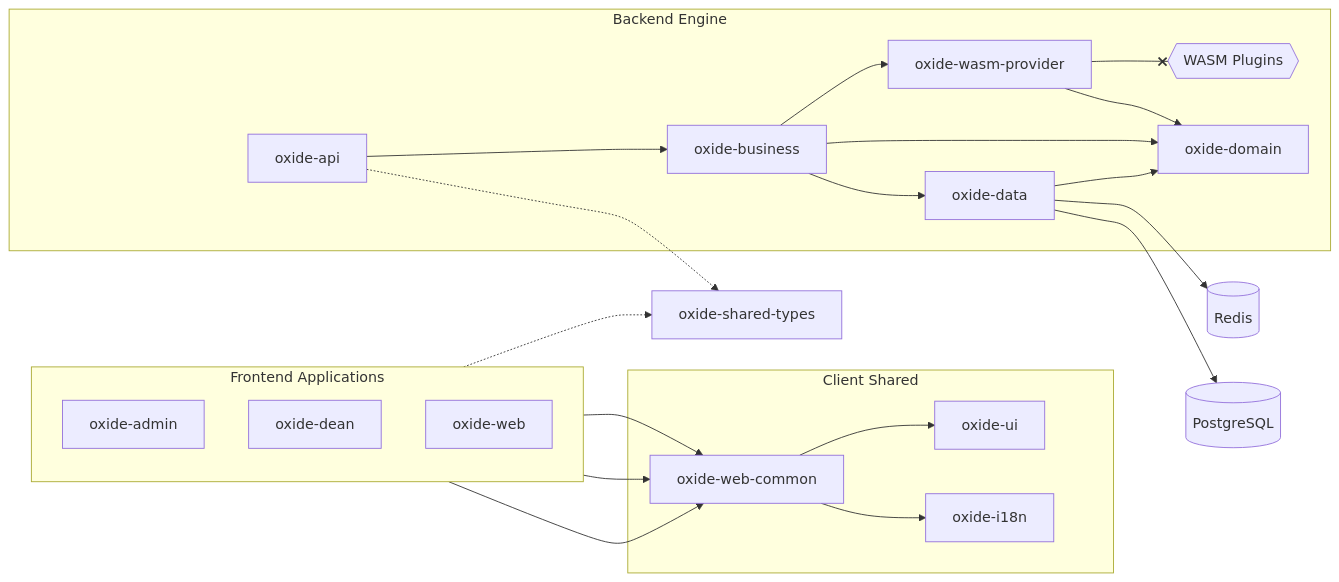
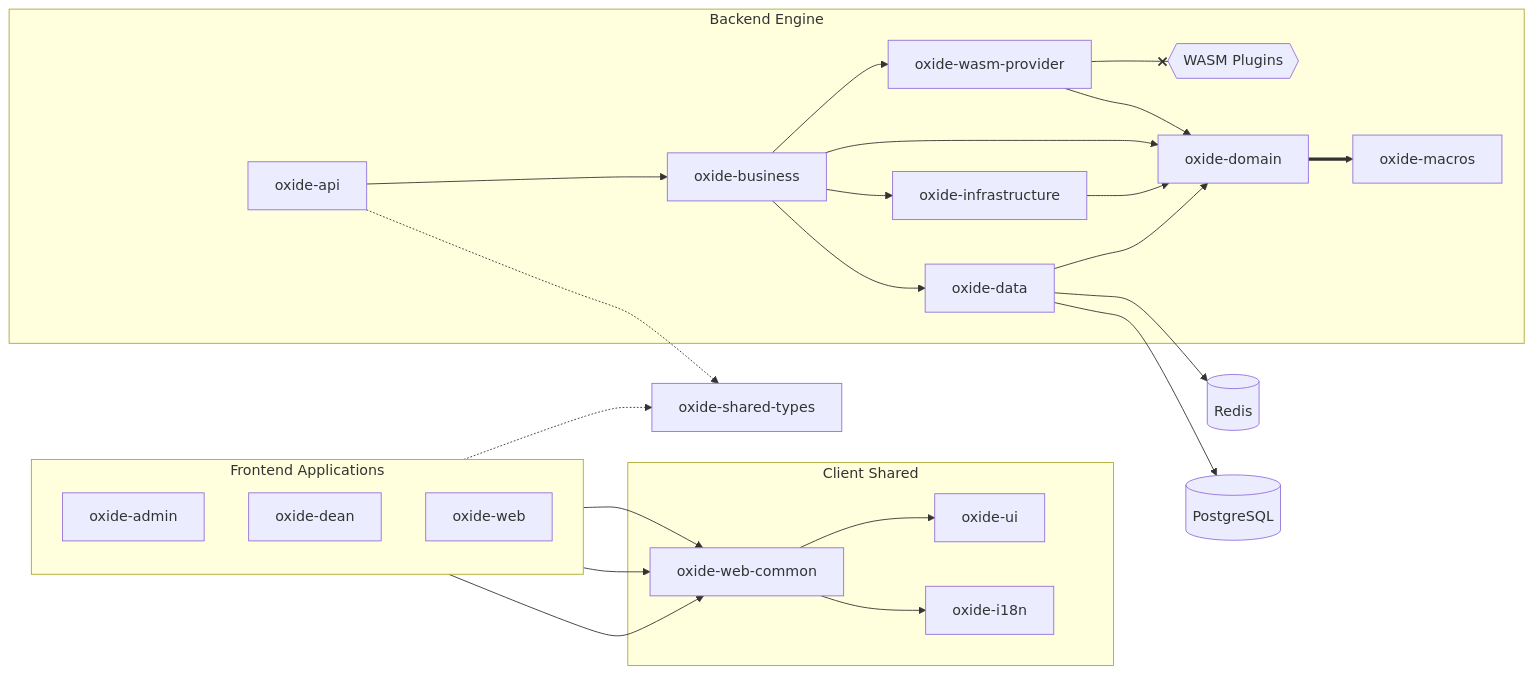
One commit to Vancoola/oxide-lms changed the first of 5 diagrams in README.md. Above: the diagram before and after it, drawn with Mermaid. The commit also changed other lines of this file and 27 other files, not shown here.

````diff
--- a/README.md
+++ b/README.md
@@ -118,49 +121,55 @@
 ```mermaid
 graph LR
     subgraph Clients [Frontend Applications]
         direction TB
         admin[oxide-admin]
         dean[oxide-dean]
         web[oxide-web]
     end
 
     subgraph ClientShared [Client Shared]
         common[oxide-web-common]
         ui[oxide-ui]
         i18n[oxide-i18n]
     end
 
     admin --> common
     dean --> common
     web --> common
     
     common --> ui
     common --> i18n
 
     shared_types[oxide-shared-types]
     web -.-> shared_types
     api -.-> shared_types
 
     subgraph Server [Backend Engine]
         api[oxide-api]
         biz[oxide-business]
+        inf[oxide-infrastructure]
         data[oxide-data]
         wasm[oxide-wasm-provider]
         
         
         api --> biz
+        biz --> inf
         biz --> data
         biz --> wasm
         wasm --x plugins{{WASM Plugins}}
 
         dom[oxide-domain]
-
+        macros[oxide-macros]
+        
+        dom ==> macros
+        
         data --> dom
+        inf --> dom
         biz --> dom
         wasm --> dom
         
     end
     
     data --> redis[(Redis)]
     data --> db[(PostgreSQL)]
 ```
````
